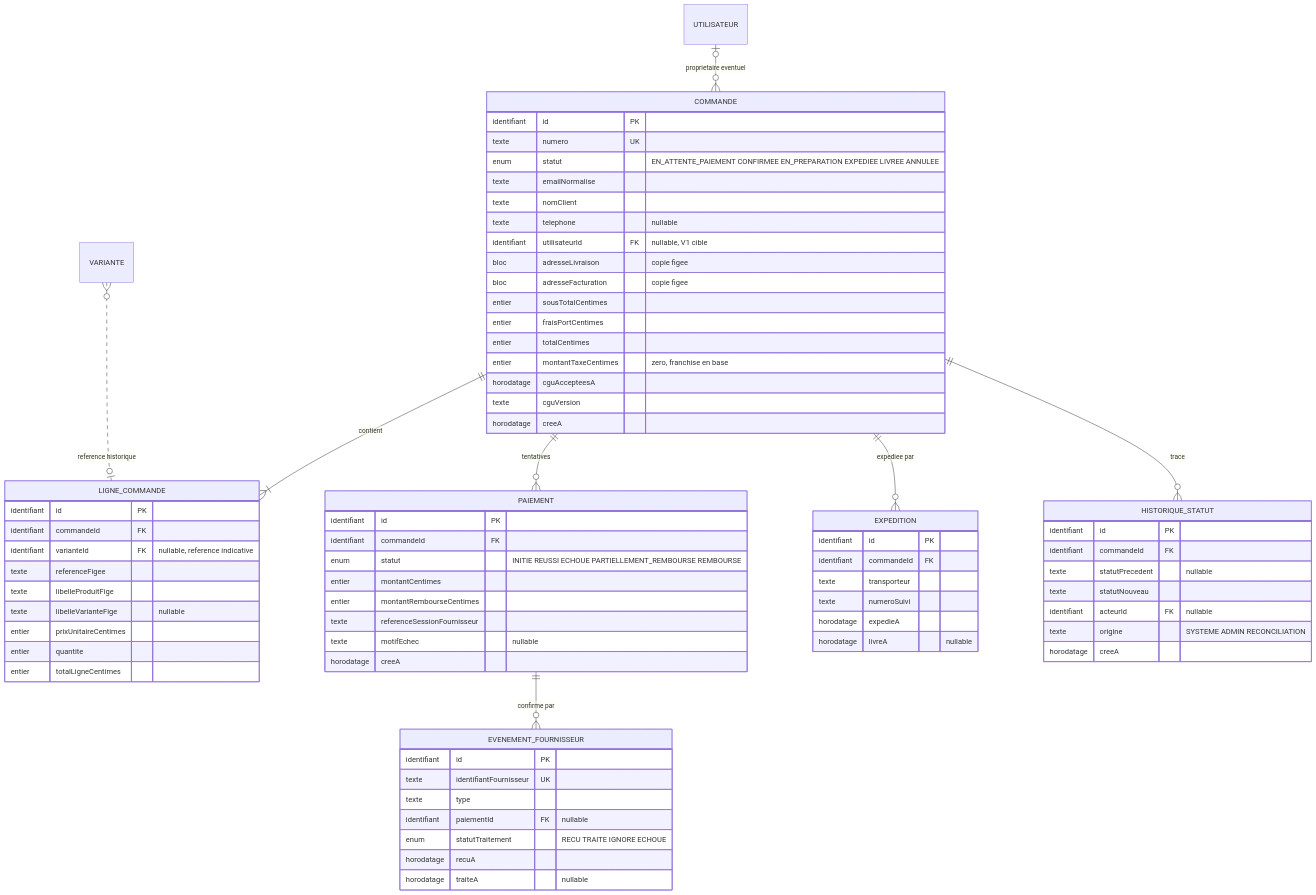
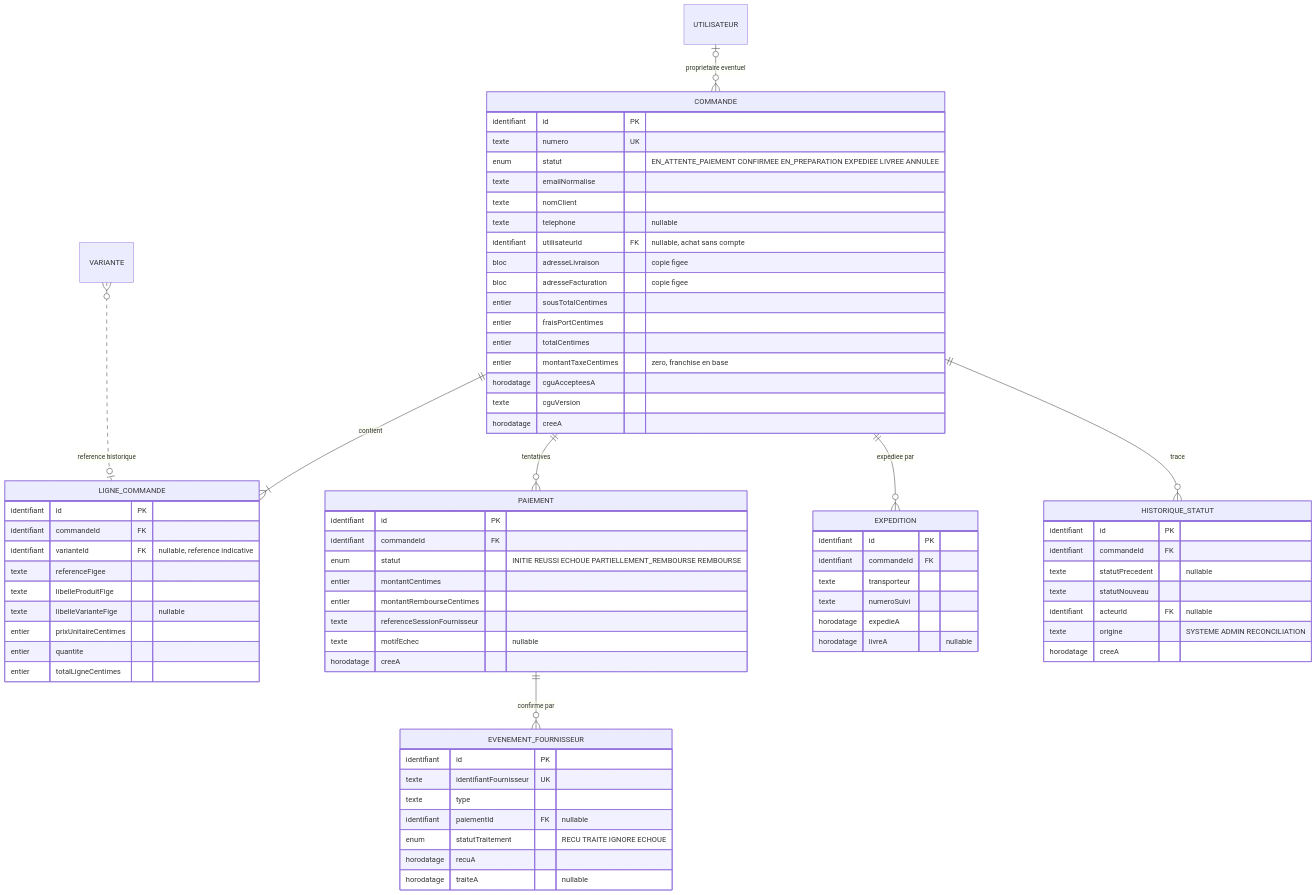
Before and after one commit to krismos64/lune-soleil: the fourth of 9 diagrams in docs/architecture/MODELE-CONCEPTUEL.md, drawn with Mermaid. The commit also changed other lines of this file and 4 other files, not shown here.

````diff
--- a/docs/architecture/MODELE-CONCEPTUEL.md
+++ b/docs/architecture/MODELE-CONCEPTUEL.md
@@ -332,76 +341,76 @@
 ```mermaid
 erDiagram
     COMMANDE ||--|{ LIGNE_COMMANDE : "contient"
     COMMANDE ||--o{ PAIEMENT : "tentatives"
     COMMANDE ||--o{ EXPEDITION : "expediee par"
     COMMANDE ||--o{ HISTORIQUE_STATUT : "trace"
     PAIEMENT ||--o{ EVENEMENT_FOURNISSEUR : "confirme par"
     VARIANTE }o..o| LIGNE_COMMANDE : "reference historique"
     UTILISATEUR |o--o{ COMMANDE : "proprietaire eventuel"
 
     COMMANDE {
         identifiant id PK
         texte numero UK
         enum statut "EN_ATTENTE_PAIEMENT CONFIRMEE EN_PREPARATION EXPEDIEE LIVREE ANNULEE"
         texte emailNormalise
         texte nomClient
         texte telephone "nullable"
-        identifiant utilisateurId FK "nullable, V1 cible"
+        identifiant utilisateurId FK "nullable, achat sans compte"
         bloc adresseLivraison "copie figee"
         bloc adresseFacturation "copie figee"
         entier sousTotalCentimes
         entier fraisPortCentimes
         entier totalCentimes
         entier montantTaxeCentimes "zero, franchise en base"
         horodatage cguAccepteesA
         texte cguVersion
         horodatage creeA
     }
     LIGNE_COMMANDE {
         identifiant id PK
         identifiant commandeId FK
         identifiant varianteId FK "nullable, reference indicative"
         texte referenceFigee
         texte libelleProduitFige
         texte libelleVarianteFige "nullable"
         entier prixUnitaireCentimes
         entier quantite
         entier totalLigneCentimes
     }
     PAIEMENT {
         identifiant id PK
         identifiant commandeId FK
         enum statut "INITIE REUSSI ECHOUE PARTIELLEMENT_REMBOURSE REMBOURSE"
         entier montantCentimes
         entier montantRembourseCentimes
         texte referenceSessionFournisseur
         texte motifEchec "nullable"
         horodatage creeA
     }
     EVENEMENT_FOURNISSEUR {
         identifiant id PK
         texte identifiantFournisseur UK
         texte type
         identifiant paiementId FK "nullable"
         enum statutTraitement "RECU TRAITE IGNORE ECHOUE"
         horodatage recuA
         horodatage traiteA "nullable"
     }
     EXPEDITION {
         identifiant id PK
         identifiant commandeId FK
         texte transporteur
         texte numeroSuivi
         horodatage expedieA
         horodatage livreA "nullable"
     }
     HISTORIQUE_STATUT {
         identifiant id PK
         identifiant commandeId FK
         texte statutPrecedent "nullable"
         texte statutNouveau
         identifiant acteurId FK "nullable"
         texte origine "SYSTEME ADMIN RECONCILIATION"
         horodatage creeA
     }
 ```
````
